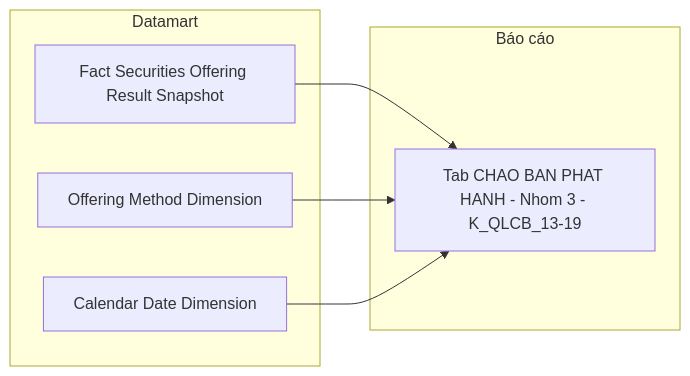
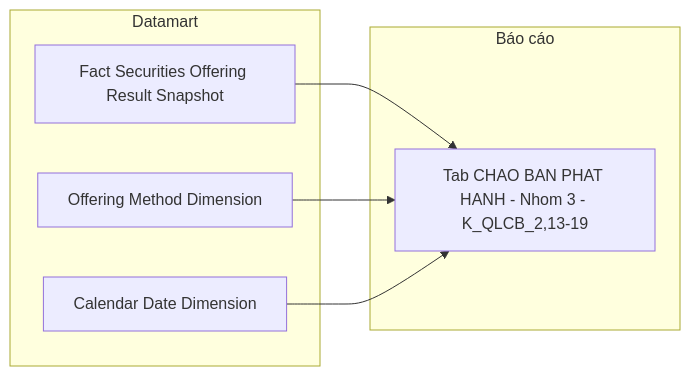
One commit to linhlvit/ubck_atomic_design changed diagram 11 of 22 in Datamart/hld/DTM_QLCB_HLD.md. Above: the diagram before and after it, drawn with Mermaid. The commit also changed other lines of this file and 10 other files, not shown here.

````diff
--- a/Datamart/hld/DTM_QLCB_HLD.md
+++ b/Datamart/hld/DTM_QLCB_HLD.md
@@ -586,14 +593,14 @@
 ```mermaid
 flowchart LR
     subgraph Datamart["Datamart"]
         G1["Fact Securities Offering Result Snapshot"]
         G3["Offering Method Dimension"]
         G4["Calendar Date Dimension"]
     end
     subgraph RPT["Báo cáo"]
-        R3["Tab CHAO BAN PHAT HANH - Nhom 3 - K_QLCB_13-19"]
+        R3["Tab CHAO BAN PHAT HANH - Nhom 3 - K_QLCB_2,13-19"]
     end
     G1 --> R3
     G3 --> R3
     G4 --> R3
 ```
````
